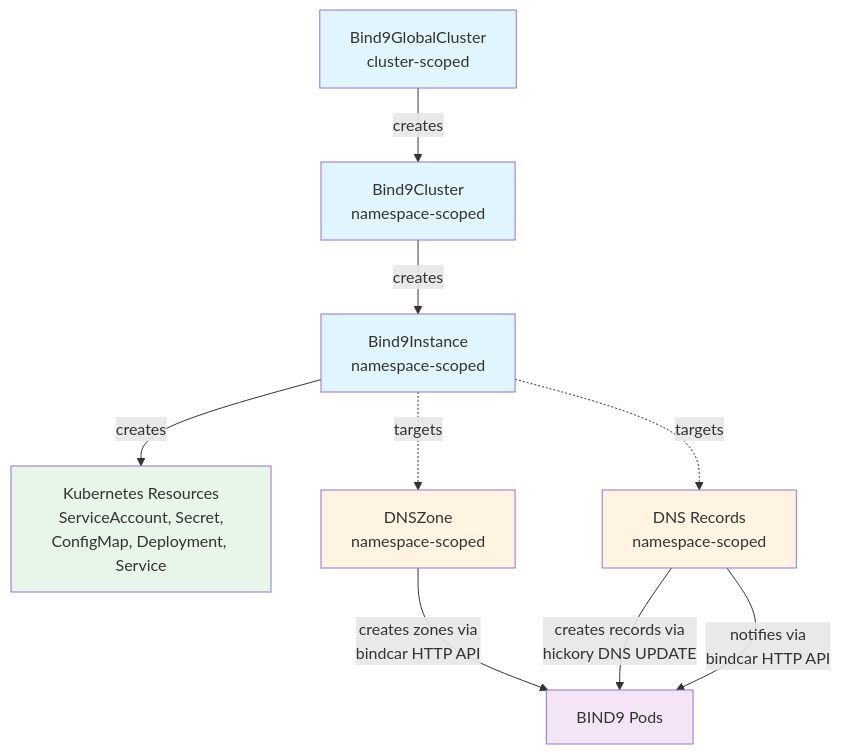
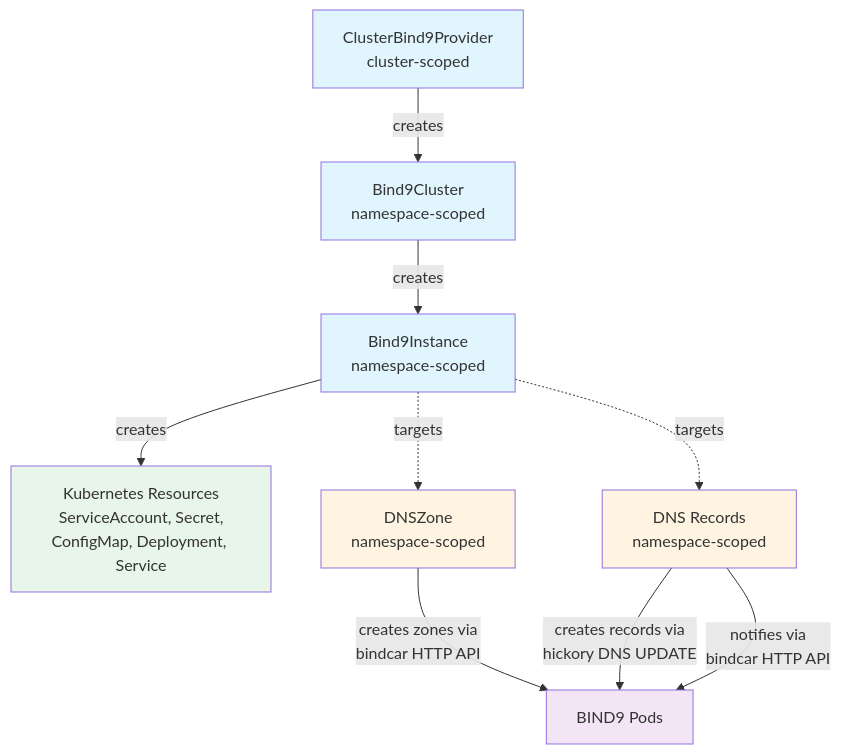
One commit to firestoned/bindy changed the first of 4 diagrams in docs/src/architecture/reconciler-hierarchy.md. Above: the diagram before and after it, drawn with Mermaid. The commit also changed other lines of this file and 42 other files, not shown here.

Commit message:
Major: rename CRD Bind9GlobalCluster to ClusterBind9Provider

````diff
--- a/docs/src/architecture/reconciler-hierarchy.md
+++ b/docs/src/architecture/reconciler-hierarchy.md
@@ -9,19 +9,19 @@
 ```mermaid
 graph TD
-    GC[Bind9GlobalCluster<br/>cluster-scoped] -->|creates| BC[Bind9Cluster<br/>namespace-scoped]
+    GC[ClusterBind9Provider<br/>cluster-scoped] -->|creates| BC[Bind9Cluster<br/>namespace-scoped]
     BC -->|creates| BI[Bind9Instance<br/>namespace-scoped]
     BI -->|creates| RES[Kubernetes Resources<br/>ServiceAccount, Secret,<br/>ConfigMap, Deployment, Service]
     BI -.->|targets| DZ[DNSZone<br/>namespace-scoped]
     BI -.->|targets| REC[DNS Records<br/>namespace-scoped]
     DZ -->|creates zones via<br/>bindcar HTTP API| BIND9[BIND9 Pods]
     REC -->|creates records via<br/>hickory DNS UPDATE| BIND9
     REC -->|notifies via<br/>bindcar HTTP API| BIND9
 
     style GC fill:#e1f5ff
     style BC fill:#e1f5ff
     style BI fill:#e1f5ff
     style DZ fill:#fff4e1
     style REC fill:#fff4e1
     style RES fill:#e8f5e9
     style BIND9 fill:#f3e5f5
 ```
````
